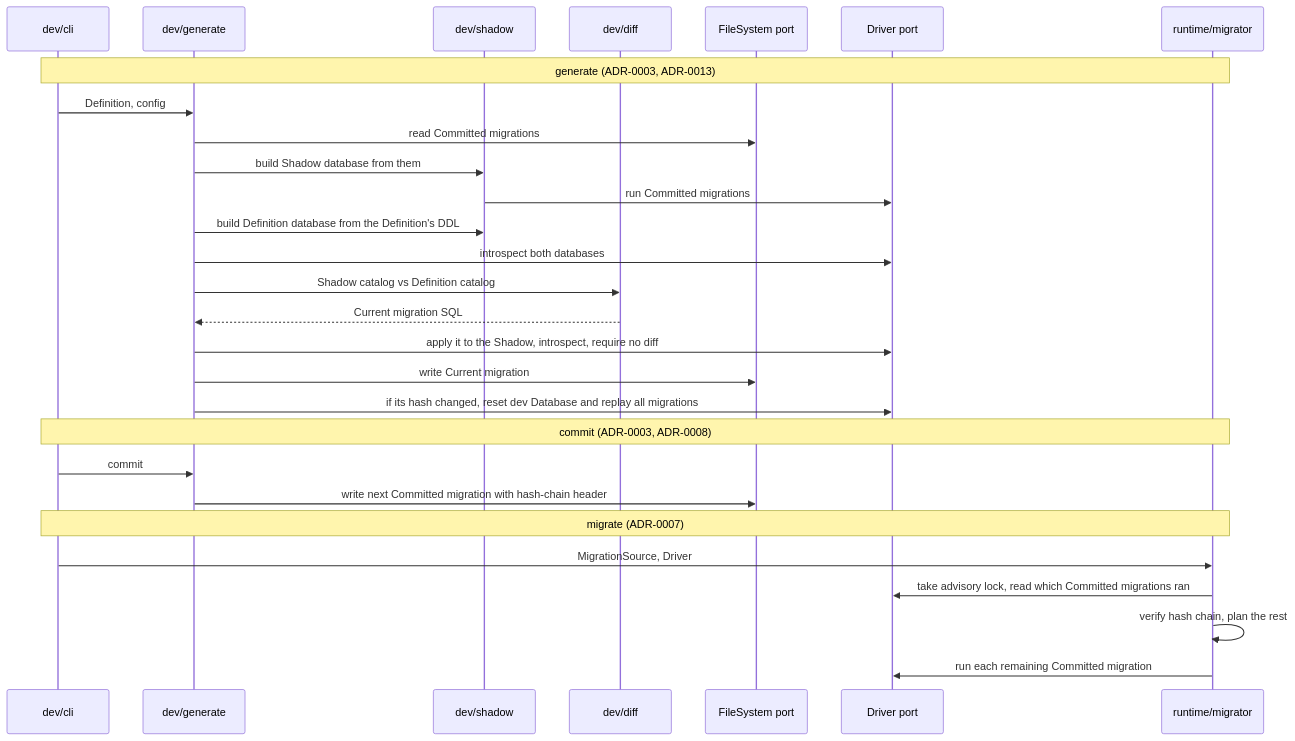
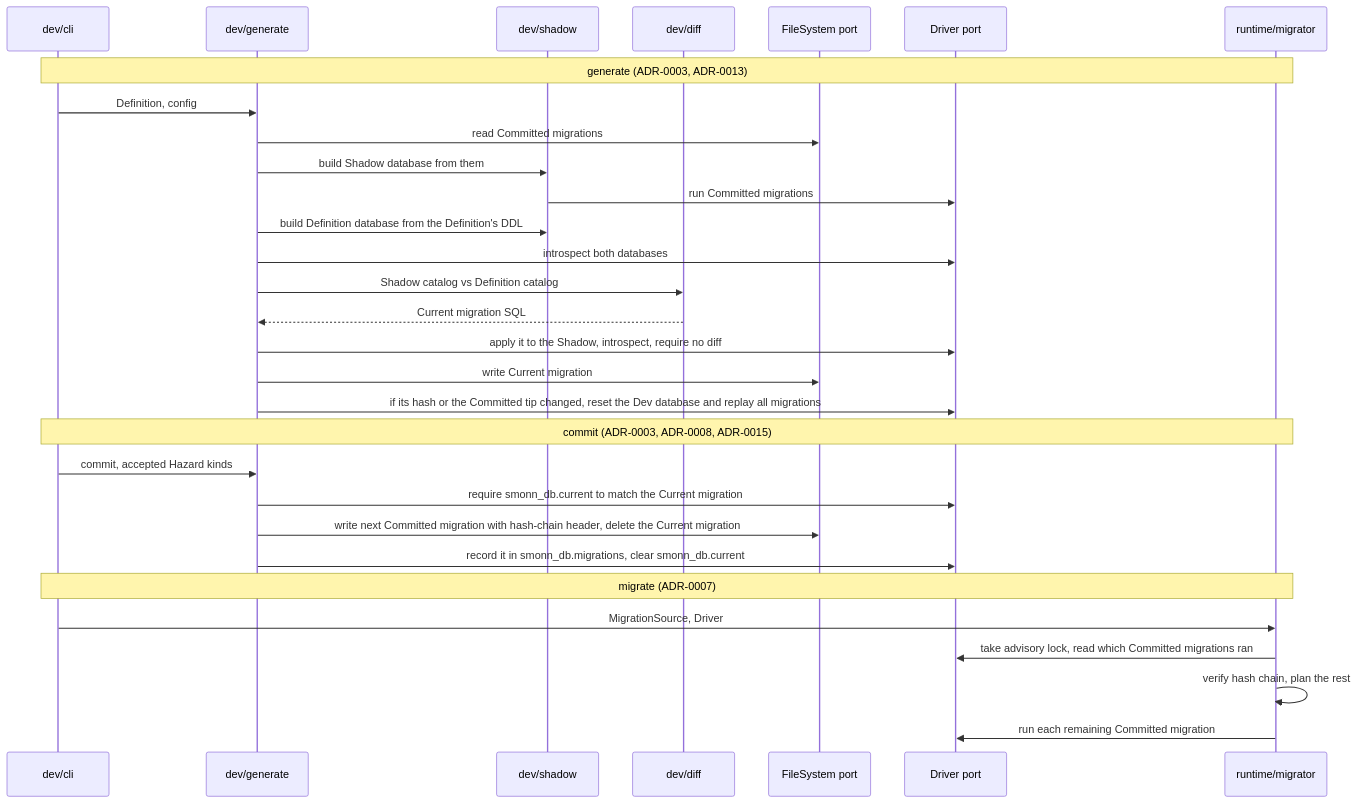
The fifth of 5 diagrams in docs/architecture.md (smonn/db), drawn with Mermaid before and after one commit. The commit also changed other lines of this file and 4 other files, not shown here.

Commit message:
docs(adr): record the v0.1 config file and CLI

````diff
--- a/docs/architecture.md
+++ b/docs/architecture.md
@@ -128,33 +128,35 @@
 ```mermaid
 sequenceDiagram
   participant CLI as dev/cli
   participant Gen as dev/generate
   participant Shadow as dev/shadow
   participant Diff as dev/diff
   participant FS as FileSystem port
   participant DB as Driver port
   participant Mig as runtime/migrator
 
   Note over CLI,Mig: generate (ADR-0003, ADR-0013)
   CLI->>Gen: Definition, config
   Gen->>FS: read Committed migrations
   Gen->>Shadow: build Shadow database from them
   Shadow->>DB: run Committed migrations
   Gen->>Shadow: build Definition database from the Definition's DDL
   Gen->>DB: introspect both databases
   Gen->>Diff: Shadow catalog vs Definition catalog
   Diff-->>Gen: Current migration SQL
   Gen->>DB: apply it to the Shadow, introspect, require no diff
   Gen->>FS: write Current migration
-  Gen->>DB: if its hash changed, reset dev Database and replay all migrations
+  Gen->>DB: if its hash or the Committed tip changed, reset the Dev database and replay all migrations
 
-  Note over CLI,Mig: commit (ADR-0003, ADR-0008)
-  CLI->>Gen: commit
-  Gen->>FS: write next Committed migration with hash-chain header
+  Note over CLI,Mig: commit (ADR-0003, ADR-0008, ADR-0015)
+  CLI->>Gen: commit, accepted Hazard kinds
+  Gen->>DB: require smonn_db.current to match the Current migration
+  Gen->>FS: write next Committed migration with hash-chain header, delete the Current migration
+  Gen->>DB: record it in smonn_db.migrations, clear smonn_db.current
 
   Note over CLI,Mig: migrate (ADR-0007)
   CLI->>Mig: MigrationSource, Driver
   Mig->>DB: take advisory lock, read which Committed migrations ran
   Mig->>Mig: verify hash chain, plan the rest
   Mig->>DB: run each remaining Committed migration
 ```
````
